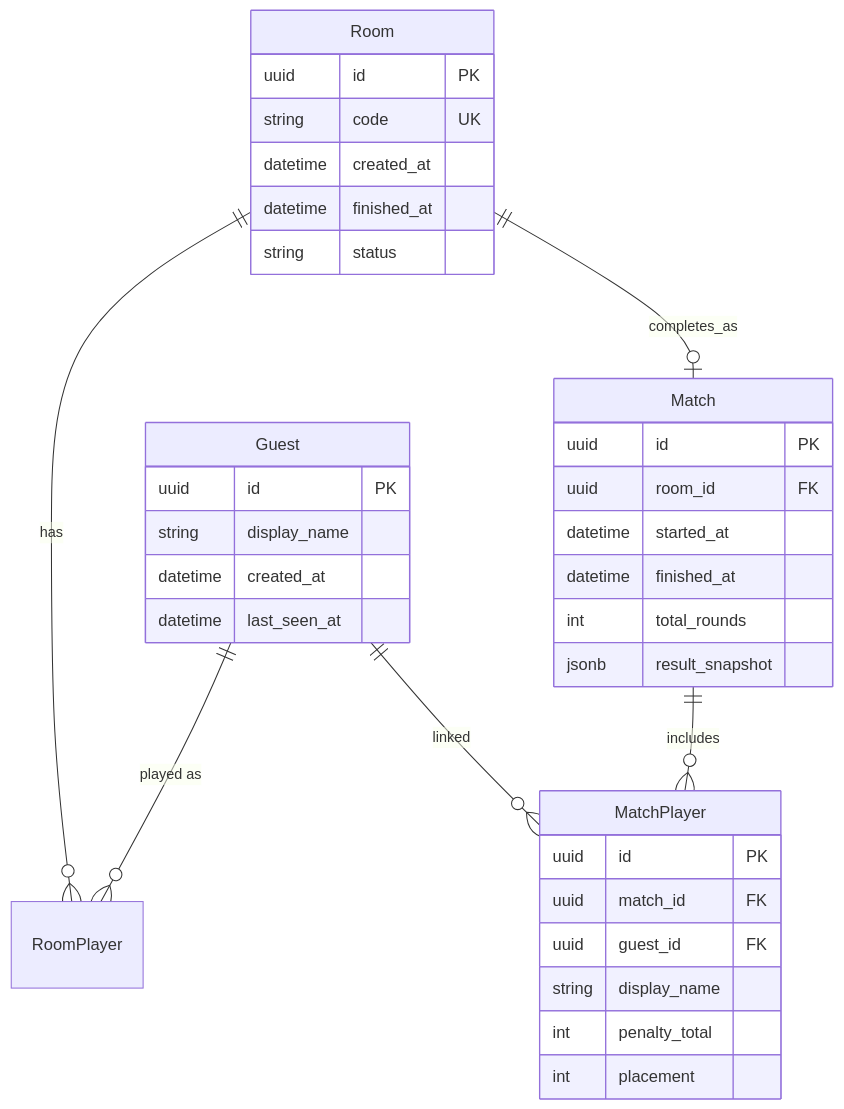
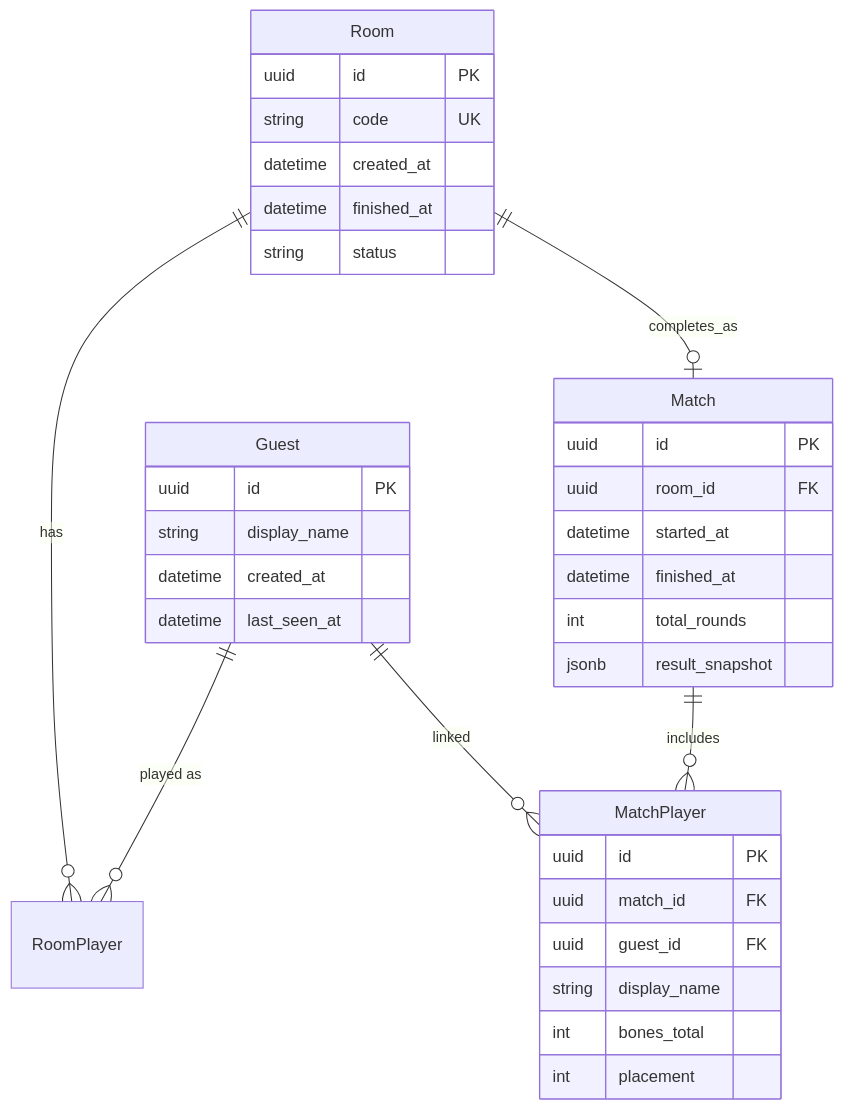
One commit to tiago4vita/6-nimmt changed the diagram in .cursor/database-schema.md. Above: the diagram before and after it, drawn with Mermaid. The commit also changed other lines of this file and 14 other files, not shown here.

````diff
--- a/.cursor/database-schema.md
+++ b/.cursor/database-schema.md
@@ -20,41 +20,41 @@
 ```mermaid
 erDiagram
     Guest ||--o{ RoomPlayer : "played as"
     Room ||--o{ RoomPlayer : has
     Room ||--o| Match : completes_as
     Match ||--o{ MatchPlayer : includes
     Guest ||--o{ MatchPlayer : linked
 
     Guest {
         uuid id PK
         string display_name
         datetime created_at
         datetime last_seen_at
     }
 
     Room {
         uuid id PK
         string code UK
         datetime created_at
         datetime finished_at
         string status
     }
 
     Match {
         uuid id PK
         uuid room_id FK
         datetime started_at
         datetime finished_at
         int total_rounds
         jsonb result_snapshot
     }
 
     MatchPlayer {
         uuid id PK
         uuid match_id FK
         uuid guest_id FK
         string display_name
-        int penalty_total
+        int bones_total
         int placement
     }
 ```
````
